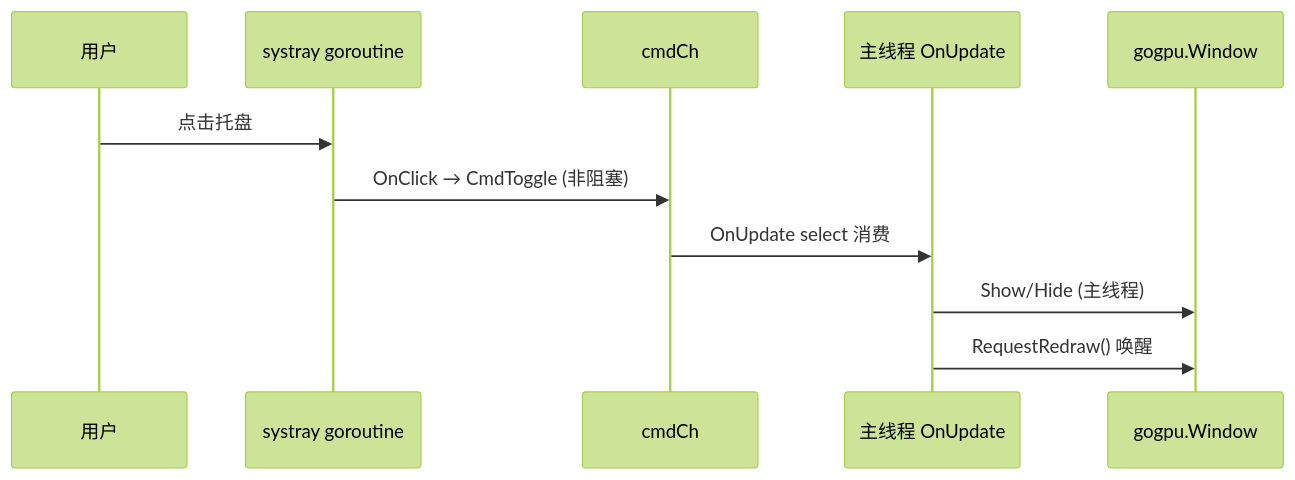
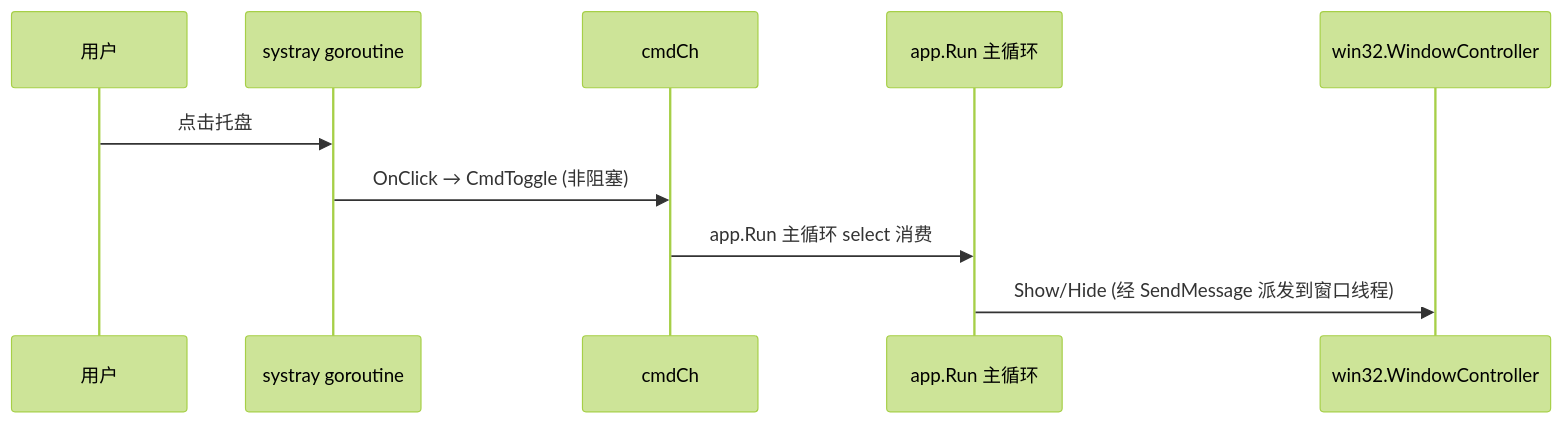
The third of 4 diagrams in docs/20-Platform/Tray.md (shaolei/DeskCalendar), drawn with Mermaid (forest theme) before and after one commit. The commit also changed other lines of this file and 25 other files, not shown here.

````diff
--- a/docs/20-Platform/Tray.md
+++ b/docs/20-Platform/Tray.md
@@ -82,13 +82,12 @@
 ```mermaid
 sequenceDiagram
     participant U as 用户
     participant T as systray goroutine
     participant Ch as cmdCh
-    participant M as 主线程 OnUpdate
-    participant W as gogpu.Window
+    participant M as app.Run 主循环
+    participant W as win32.WindowController
     U->>T: 点击托盘
     T->>Ch: OnClick → CmdToggle (非阻塞)
-    Ch->>M: OnUpdate select 消费
-    M->>W: Show/Hide (主线程)
-    M->>W: RequestRedraw() 唤醒
+    Ch->>M: app.Run 主循环 select 消费
+    M->>W: Show/Hide (经 SendMessage 派发到窗口线程)
 ```
````
